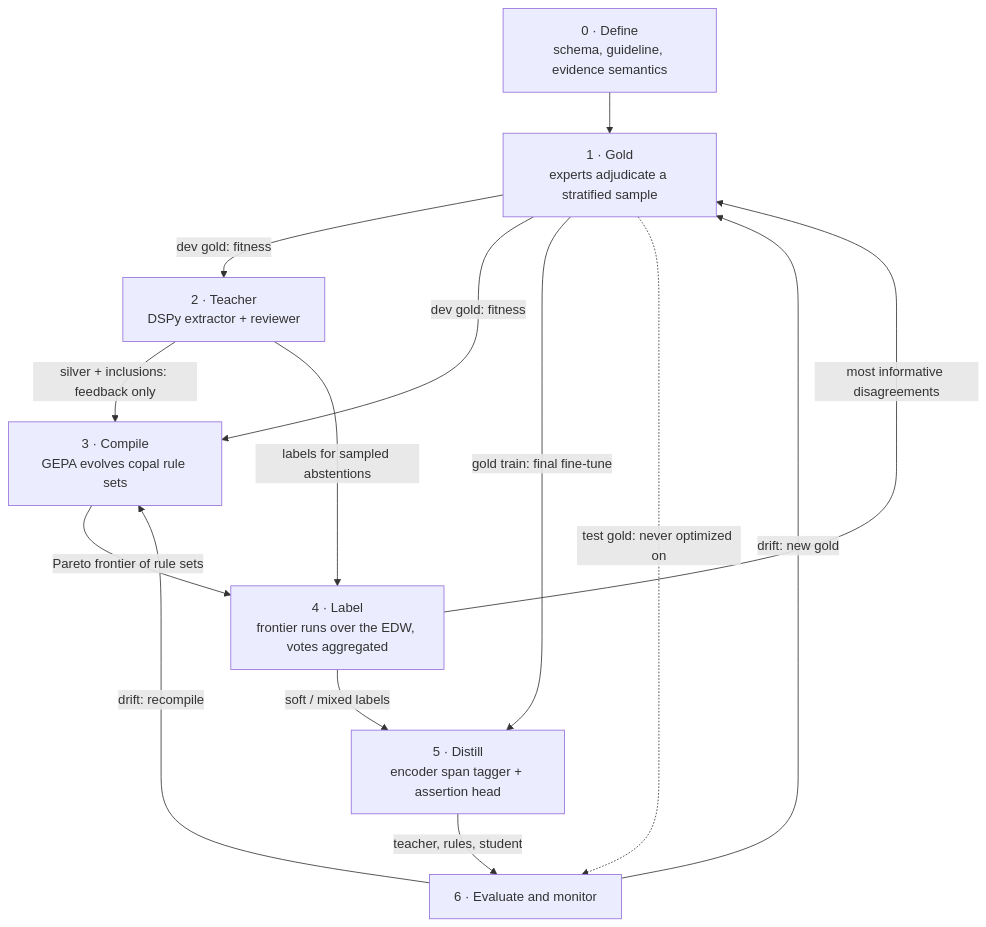
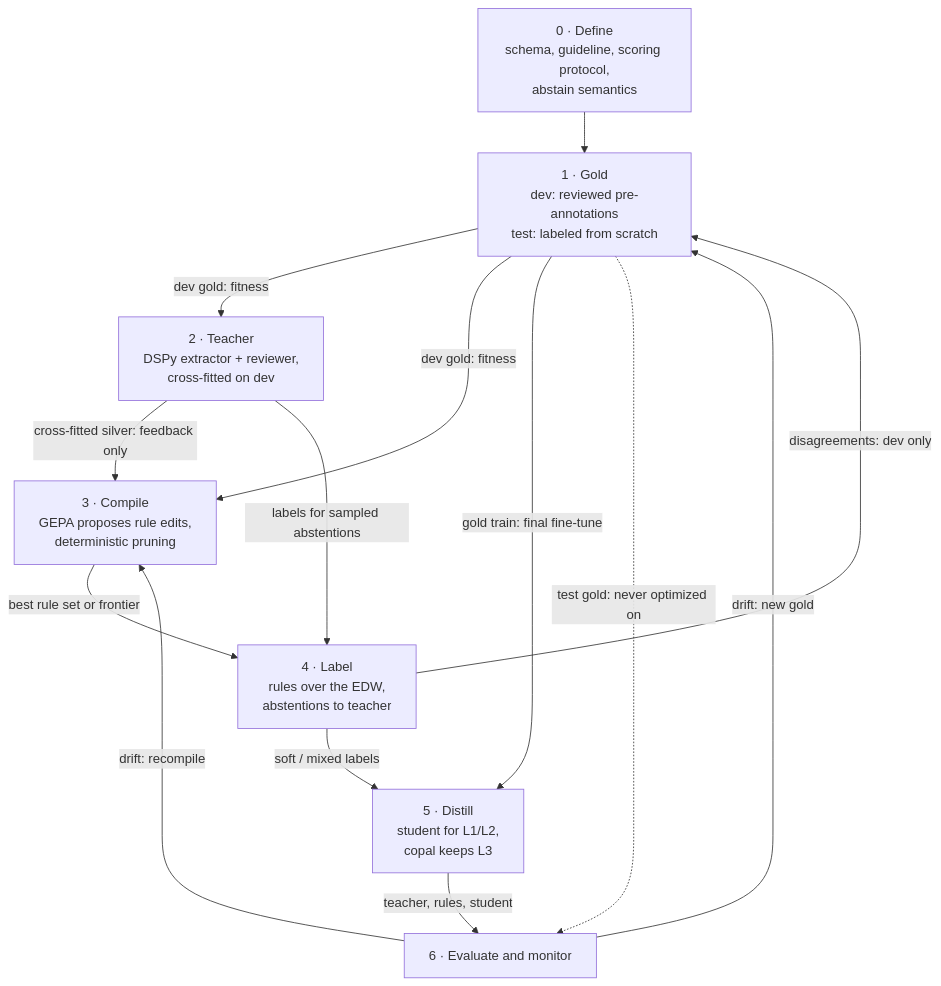
One commit to NUCATS-D3/amber-nlp changed the first of 7 diagrams in docs/design/compiled-clinical-ie.md. Above: the diagram before and after it, drawn with Mermaid. The commit also changed other lines of this file, not shown here.

First line of the commit message:
Revise compiled clinical IE design after review, lit search, GEPA recon

````diff
--- a/docs/design/compiled-clinical-ie.md
+++ b/docs/design/compiled-clinical-ie.md
@@ -115,24 +183,24 @@
 ```mermaid
 flowchart TD
-    S0["0 · Define<br/>schema, guideline, evidence semantics"]
-    S1["1 · Gold<br/>experts adjudicate a stratified sample"]
-    S2["2 · Teacher<br/>DSPy extractor + reviewer"]
-    S3["3 · Compile<br/>GEPA evolves copal rule sets"]
-    S4["4 · Label<br/>frontier runs over the EDW, votes aggregated"]
-    S5["5 · Distill<br/>encoder span tagger + assertion head"]
+    S0["0 · Define<br/>schema, guideline, scoring protocol,<br/>abstain semantics"]
+    S1["1 · Gold<br/>dev: reviewed pre-annotations<br/>test: labeled from scratch"]
+    S2["2 · Teacher<br/>DSPy extractor + reviewer,<br/>cross-fitted on dev"]
+    S3["3 · Compile<br/>GEPA proposes rule edits,<br/>deterministic pruning"]
+    S4["4 · Label<br/>rules over the EDW,<br/>abstentions to teacher"]
+    S5["5 · Distill<br/>student for L1/L2,<br/>copal keeps L3"]
     S6["6 · Evaluate and monitor"]
 
     S0 --> S1
     S1 -- "dev gold: fitness" --> S2
     S1 -- "dev gold: fitness" --> S3
-    S2 -- "silver + inclusions: feedback only" --> S3
-    S3 -- "Pareto frontier of rule sets" --> S4
+    S2 -- "cross-fitted silver: feedback only" --> S3
+    S3 -- "best rule set or frontier" --> S4
     S2 -- "labels for sampled abstentions" --> S4
     S4 -- "soft / mixed labels" --> S5
     S1 -- "gold train: final fine-tune" --> S5
-    S4 -- "most informative disagreements" --> S1
+    S4 -- "disagreements: dev only" --> S1
     S5 -- "teacher, rules, student" --> S6
     S1 -. "test gold: never optimized on" .-> S6
     S6 -- "drift: new gold" --> S1
     S6 -- "drift: recompile" --> S3
 ```
````
